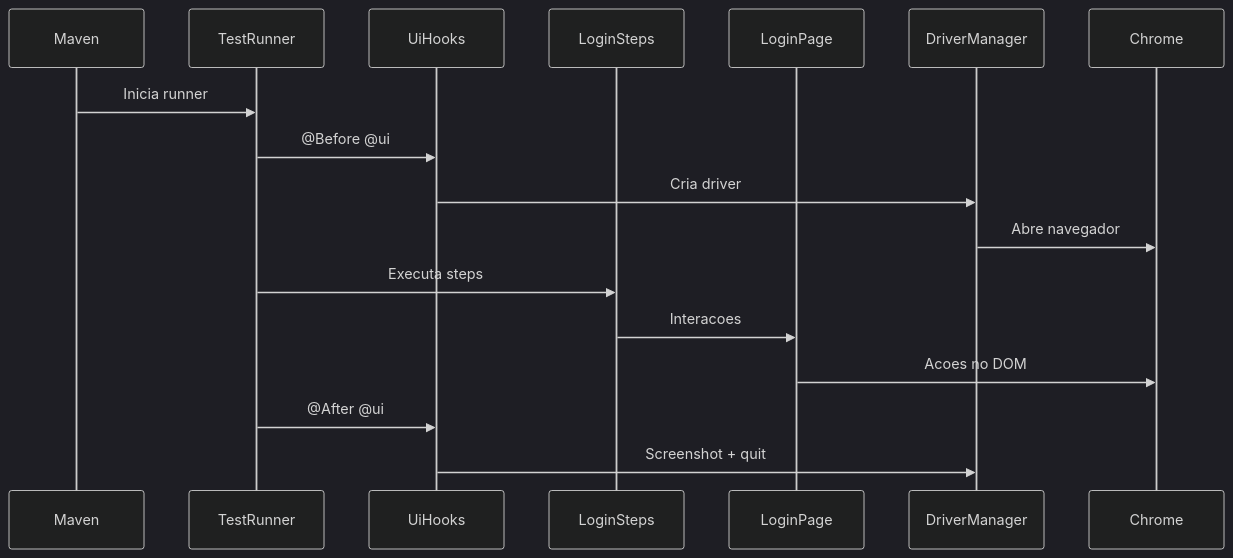
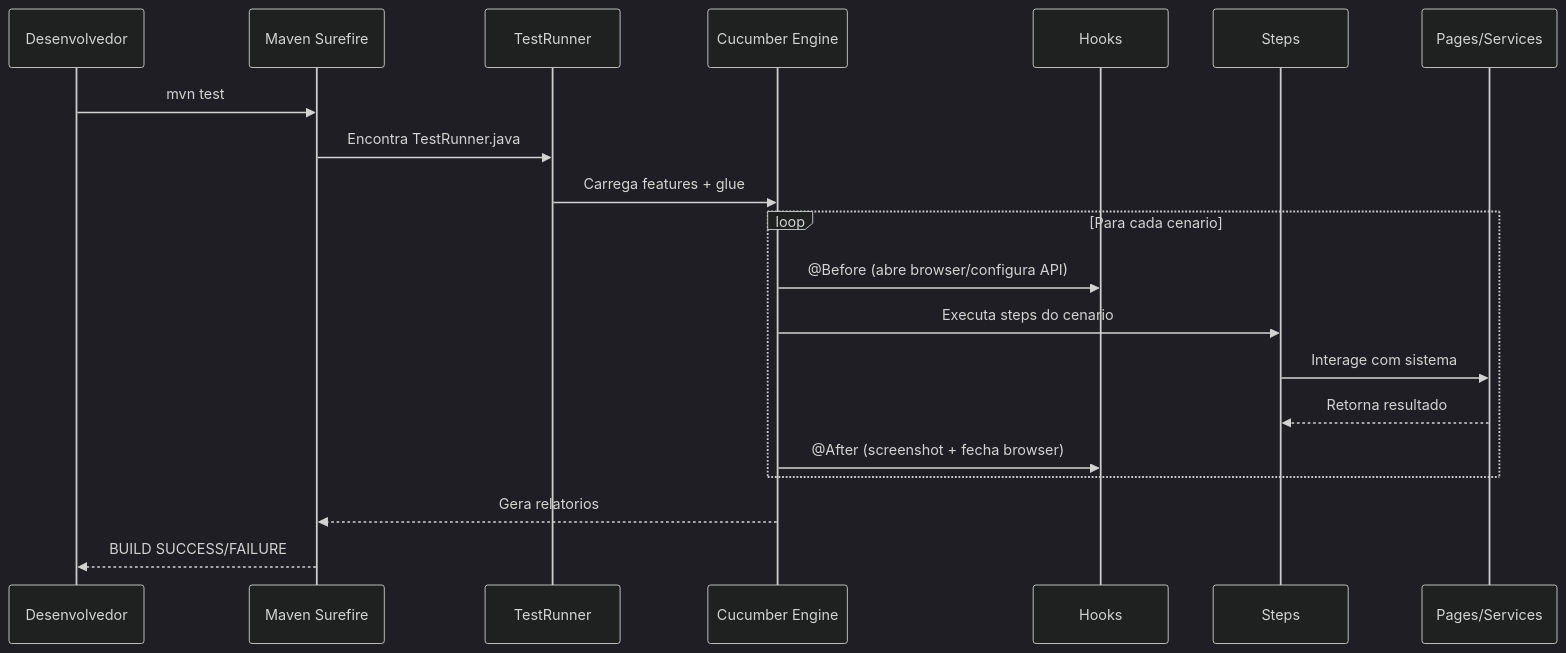
Before and after one commit to aline-nory/selenium-restassured-cucumber-kiro-github-actions: the second of 9 diagrams in DOCUMENTATION.md, drawn with Mermaid (dark theme). The commit also changed other lines of this file, not shown here.

````diff
--- a/DOCUMENTATION.md
+++ b/DOCUMENTATION.md
@@ -195,20 +193,23 @@
 ```mermaid
 sequenceDiagram
-    participant MVN as Maven
-    participant TR as TestRunner
-    participant Hook as UiHooks
-    participant Step as LoginSteps
-    participant Page as LoginPage
-    participant DM as DriverManager
-    participant BR as Chrome
+    participant DEV as Desenvolvedor
+    participant MVN as Maven Surefire
+    participant RUN as TestRunner
+    participant CUC as Cucumber Engine
+    participant HOOK as Hooks
+    participant STEP as Steps
+    participant PAGE as Pages/Services
 
-    MVN->>TR: Inicia runner
-    TR->>Hook: @Before @ui
-    Hook->>DM: Cria driver
-    DM->>BR: Abre navegador
-    TR->>Step: Executa steps
-    Step->>Page: Interacoes
-    Page->>BR: Acoes no DOM
-    TR->>Hook: @After @ui
-    Hook->>DM: Screenshot + quit
+    DEV->>MVN: mvn test
+    MVN->>RUN: Encontra TestRunner.java
+    RUN->>CUC: Carrega features + glue
+    loop Para cada cenario
+        CUC->>HOOK: @Before (abre browser/configura API)
+        CUC->>STEP: Executa steps do cenario
+        STEP->>PAGE: Interage com sistema
+        PAGE-->>STEP: Retorna resultado
+        CUC->>HOOK: @After (screenshot + fecha browser)
+    end
+    CUC-->>MVN: Gera relatorios
+    MVN-->>DEV: BUILD SUCCESS/FAILURE
 ```
````
